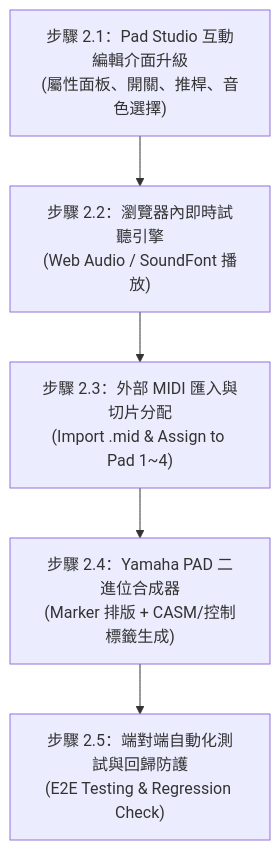
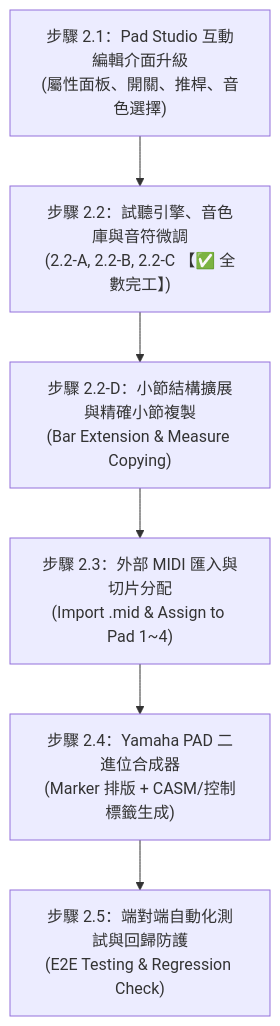
Before and after one commit to CMChen59/Yamaha-Midi-Edit: the diagram in PHASE_2_PLAN.md, drawn with Mermaid. The commit also changed other lines of this file and 1 other file, not shown here.

Commit message:
docs: add Step 2.2-D for bar extension and measure copying into execution plan

````diff
--- a/PHASE_2_PLAN.md
+++ b/PHASE_2_PLAN.md
@@ -17,7 +17,8 @@
 ```mermaid
 flowchart TD
-    Step21["步驟 2.1：Pad Studio 互動編輯介面升級<br/>(屬性面板、開關、推桿、音色選擇)"] --> Step22["步驟 2.2：瀏覽器內即時試聽引擎<br/>(Web Audio / SoundFont 播放)"]
-    Step22 --> Step23["步驟 2.3：外部 MIDI 匯入與切片分配<br/>(Import .mid & Assign to Pad 1~4)"]
+    Step21["步驟 2.1：Pad Studio 互動編輯介面升級<br/>(屬性面板、開關、推桿、音色選擇)"] --> Step22["步驟 2.2：試聽引擎、音色庫與音符微調<br/>(2.2-A, 2.2-B, 2.2-C 【✅ 全數完工】)"]
+    Step22 --> Step22_D["步驟 2.2-D：小節結構擴展與精確小節複製<br/>(Bar Extension & Measure Copying)"]
+    Step22_D --> Step23["步驟 2.3：外部 MIDI 匯入與切片分配<br/>(Import .mid & Assign to Pad 1~4)"]
     Step23 --> Step24["步驟 2.4：Yamaha PAD 二進位合成器<br/>(Marker 排版 + CASM/控制標籤生成)"]
     Step24 --> Step25["步驟 2.5：端對端自動化測試與回歸防護<br/>(E2E Testing & Regression Check)"]
 ```
````
